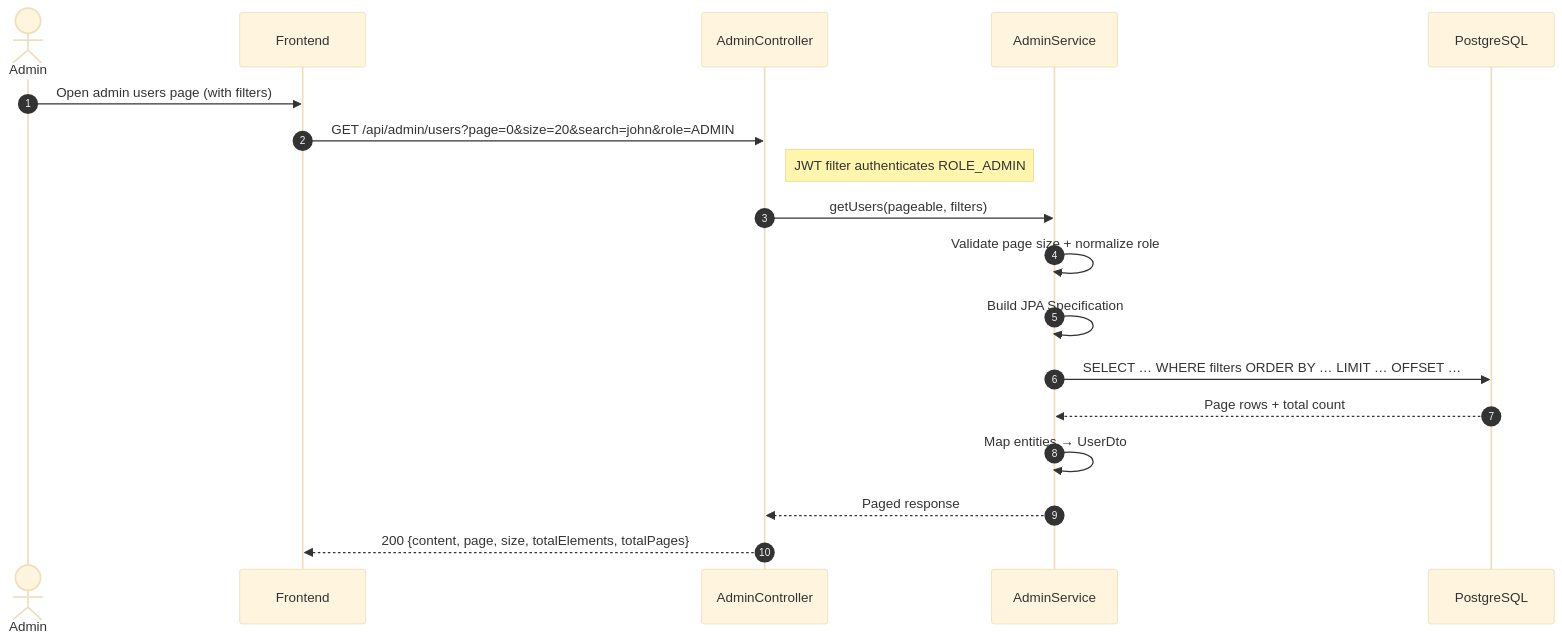
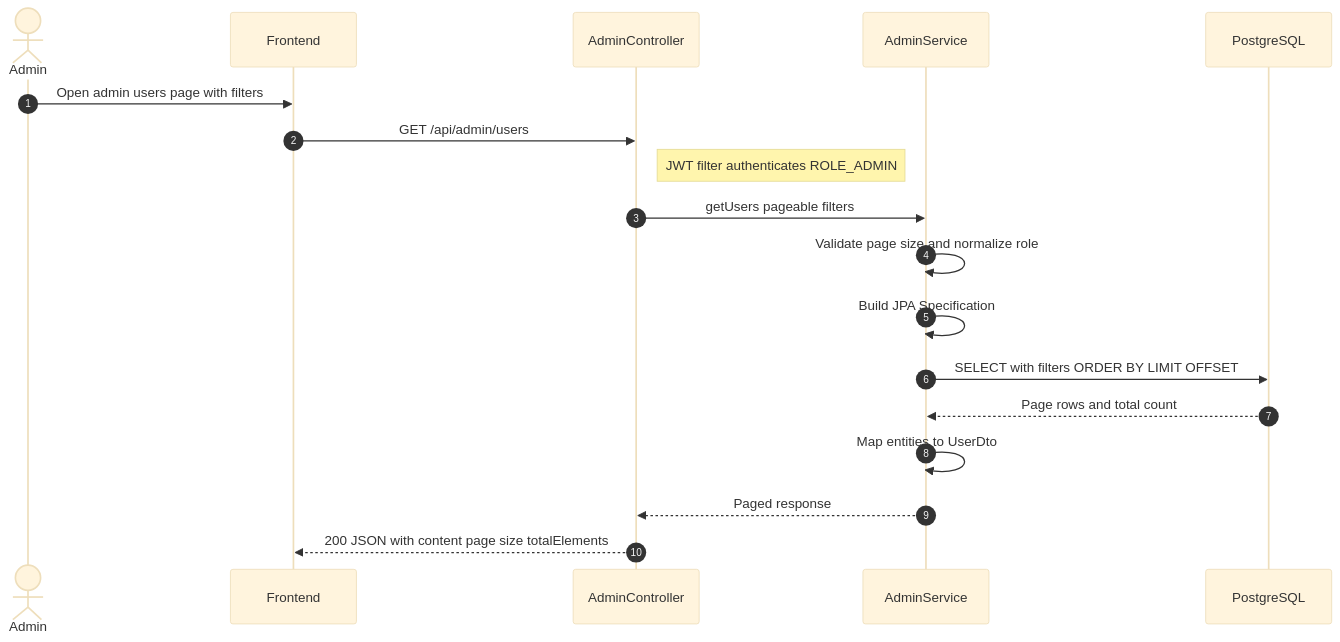
The tenth of 12 diagrams in README.md (himanshugupta91/Full-Stack-Authentication-System), drawn with Mermaid (base theme) before and after one commit. The commit also changed other lines of this file, not shown here.

Commit message:
Fix all mermaid diagrams: remove special chars, parentheses, quotes, and Unicode from labels

````diff
--- a/README.md
+++ b/README.md
@@ -465,21 +465,21 @@
 ```mermaid
 sequenceDiagram
     autonumber
     actor Admin
     participant FE as Frontend
     participant API as AdminController
     participant SVC as AdminService
     participant DB as PostgreSQL
 
-    Admin->>FE: Open admin users page (with filters)
-    FE->>API: GET /api/admin/users?page=0&size=20&search=john&role=ADMIN
+    Admin->>FE: Open admin users page with filters
+    FE->>API: GET /api/admin/users
     Note right of API: JWT filter authenticates ROLE_ADMIN
-    API->>SVC: getUsers(pageable, filters)
-    SVC->>SVC: Validate page size + normalize role
+    API->>SVC: getUsers pageable filters
+    SVC->>SVC: Validate page size and normalize role
     SVC->>SVC: Build JPA Specification
-    SVC->>DB: SELECT … WHERE filters ORDER BY … LIMIT … OFFSET …
-    DB-->>SVC: Page rows + total count
-    SVC->>SVC: Map entities → UserDto
+    SVC->>DB: SELECT with filters ORDER BY LIMIT OFFSET
+    DB-->>SVC: Page rows and total count
+    SVC->>SVC: Map entities to UserDto
     SVC-->>API: Paged response
-    API-->>FE: 200 {content, page, size, totalElements, totalPages}
+    API-->>FE: 200 JSON with content page size totalElements
 ```
````
